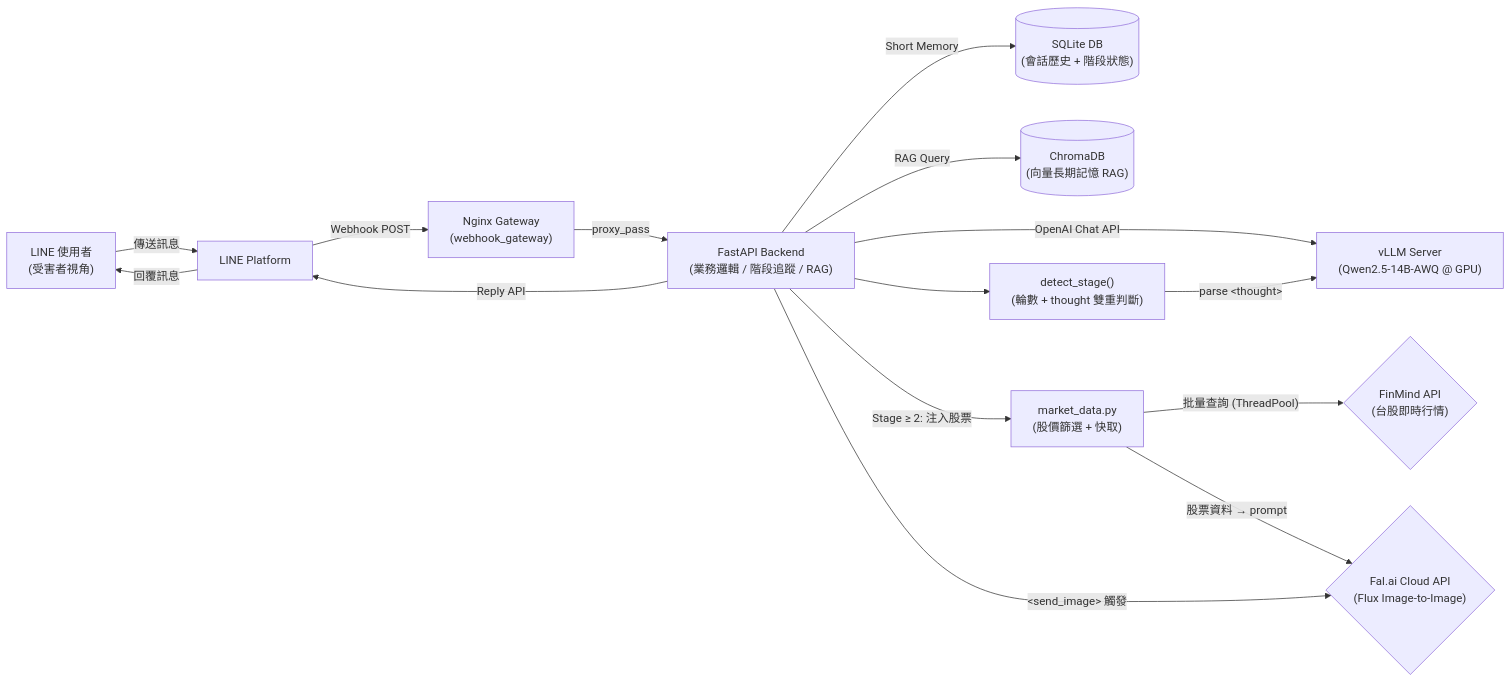
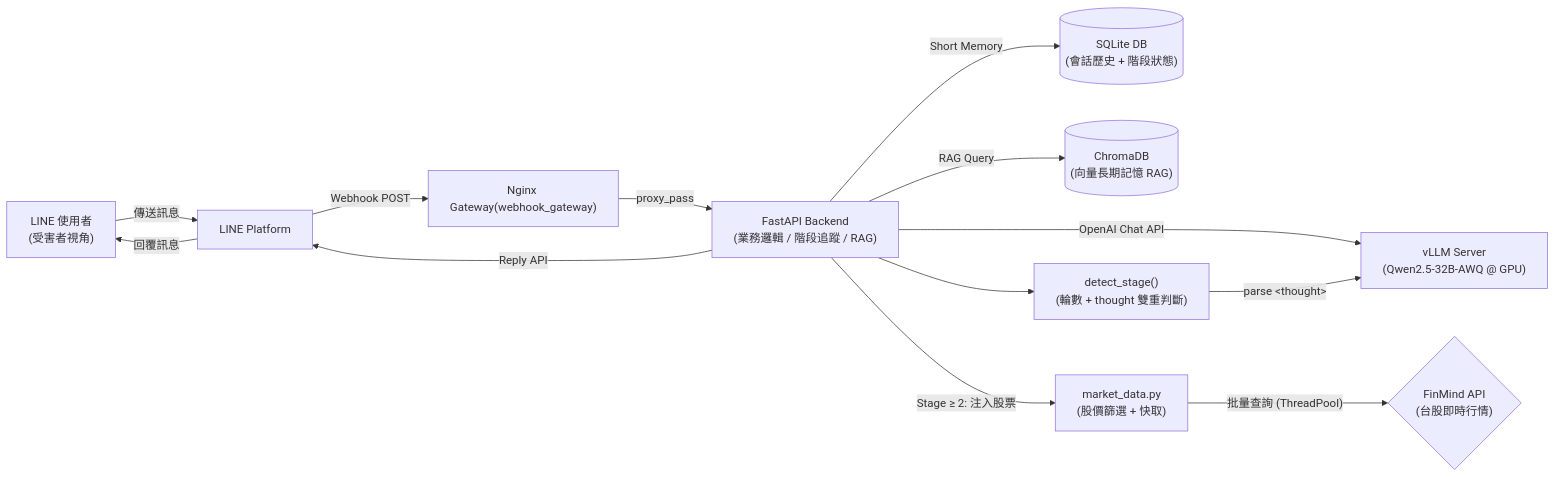
One commit to diadia0000/cheatbot changed the first of 2 diagrams in docs/architecture.md. Above: the diagram before and after it, drawn with Mermaid. The commit also changed other lines of this file and 10 other files, not shown here.

````diff
--- a/docs/architecture.md
+++ b/docs/architecture.md
@@ -5,29 +5,26 @@
 ```mermaid
 flowchart LR
     LINEUser["LINE 使用者\n(受害者視角)"]
     LINEPlatform["LINE Platform"]
-    Nginx["Nginx Gateway\n(webhook_gateway)"]
+    Nginx["Nginx Gateway(webhook_gateway)"]
     FastAPI["FastAPI Backend\n(業務邏輯 / 階段追蹤 / RAG)"]
     SQLite[("SQLite DB\n(會話歷史 + 階段狀態)")]
     ChromaDB[("ChromaDB\n(向量長期記憶 RAG)")]
-    vLLM["vLLM Server\n(Qwen2.5-14B-AWQ @ GPU)"]
-    FalAPI{"Fal.ai Cloud API\n(Flux Image-to-Image)"}
+    vLLM["vLLM Server\n(Qwen2.5-32B-AWQ @ GPU)"]
     FinMind{"FinMind API\n(台股即時行情)"}
     MarketData["market_data.py\n(股價篩選 + 快取)"]
     StageDetect["detect_stage()\n(輪數 + thought 雙重判斷)"]
 
     LINEUser -->|"傳送訊息"| LINEPlatform
     LINEPlatform -->|"Webhook POST"| Nginx
     Nginx -->|"proxy_pass"| FastAPI
     FastAPI -->|"Reply API"| LINEPlatform
     LINEPlatform -->|"回覆訊息"| LINEUser
     FastAPI -->|Short Memory| SQLite
     FastAPI -->|RAG Query| ChromaDB
     FastAPI -->|OpenAI Chat API| vLLM
     FastAPI --> StageDetect
     StageDetect -->|"parse &lt;thought&gt;"| vLLM
     FastAPI -->|"Stage ≥ 2: 注入股票"| MarketData
     MarketData -->|"批量查詢 (ThreadPool)"| FinMind
-    FastAPI -->|"&lt;send_image&gt; 觸發"| FalAPI
-    MarketData -->|"股票資料 → prompt"| FalAPI
 ```
````
